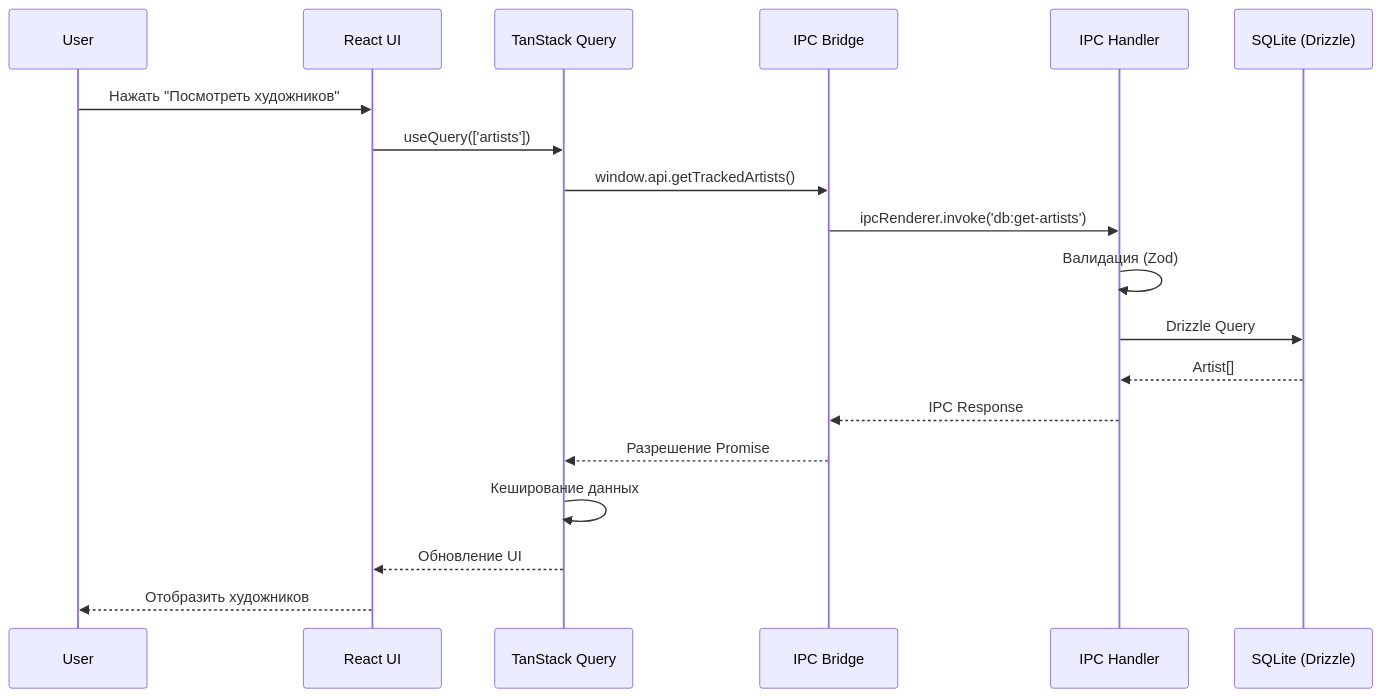
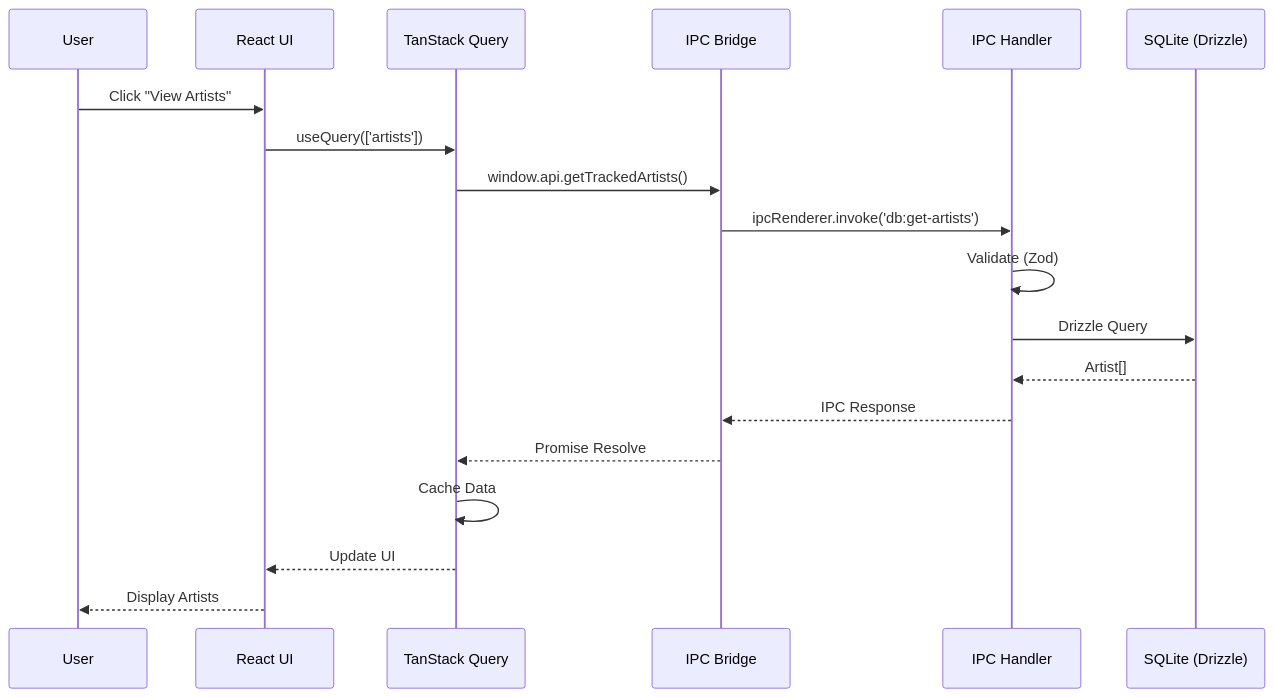
Before and after one commit to KazeKaze93/RuleDesk: the seventh of 11 diagrams in .docs-i18n/ru/docs/architecture.md, drawn with Mermaid. The commit also changed other lines of this file and 8 other files, not shown here.

````diff
--- a/.docs-i18n/ru/docs/architecture.md
+++ b/.docs-i18n/ru/docs/architecture.md
@@ -841,22 +850,22 @@
 ```mermaid
 sequenceDiagram
     participant User
     participant ReactUI as React UI
     participant ReactQuery as TanStack Query
     participant Bridge as IPC Bridge
     participant IPC as IPC Handler
     participant DB as SQLite (Drizzle)
 
-    User->>ReactUI: Нажать "Посмотреть художников"
+    User->>ReactUI: Click "View Artists"
     ReactUI->>ReactQuery: useQuery(['artists'])
     ReactQuery->>Bridge: window.api.getTrackedArtists()
     Bridge->>IPC: ipcRenderer.invoke('db:get-artists')
-    IPC->>IPC: Валидация (Zod)
+    IPC->>IPC: Validate (Zod)
     IPC->>DB: Drizzle Query
     DB-->>IPC: Artist[]
     IPC-->>Bridge: IPC Response
-    Bridge-->>ReactQuery: Разрешение Promise
-    ReactQuery->>ReactQuery: Кеширование данных
-    ReactQuery-->>ReactUI: Обновление UI
-    ReactUI-->>User: Отобразить художников
+    Bridge-->>ReactQuery: Promise Resolve
+    ReactQuery->>ReactQuery: Cache Data
+    ReactQuery-->>ReactUI: Update UI
+    ReactUI-->>User: Display Artists
 ```
````
